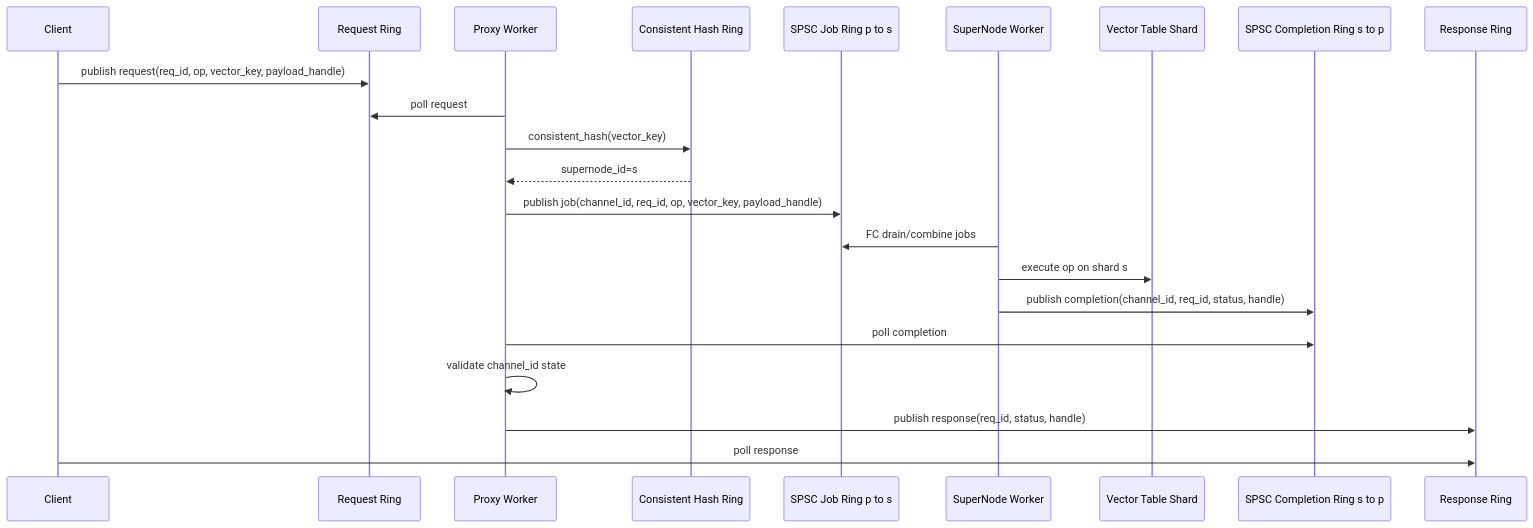
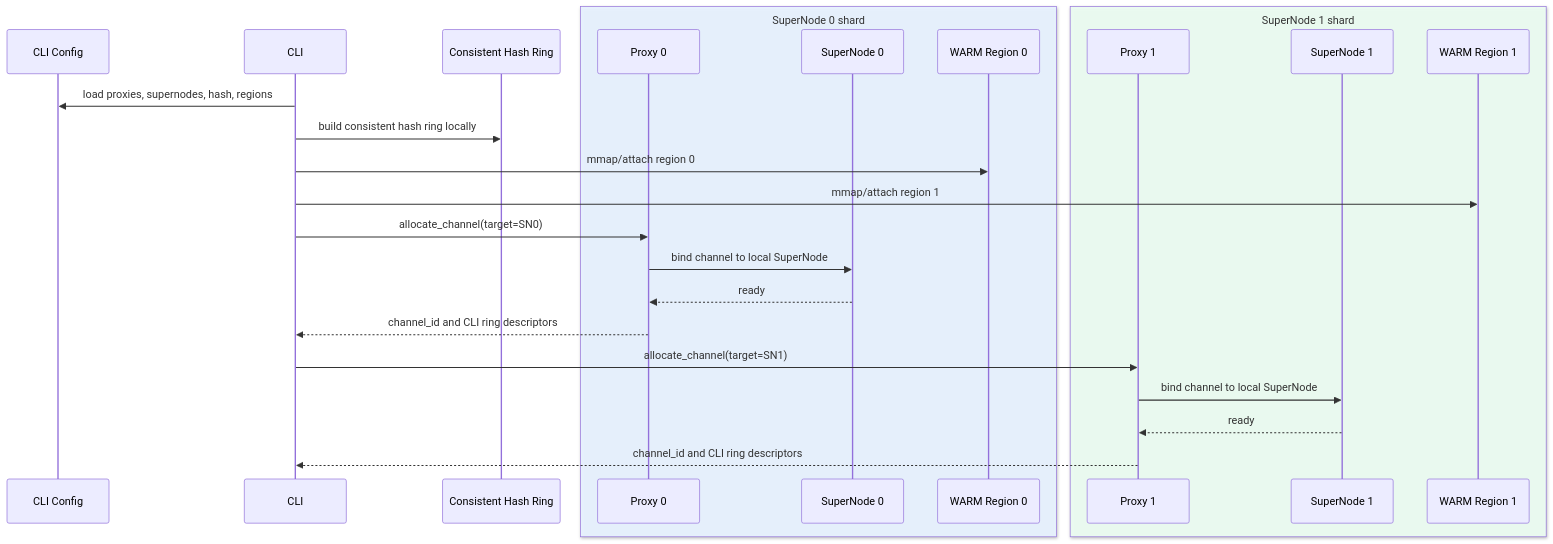
One commit to jialiuyu/redis changed the second of 4 diagrams in docs/VEMB_V16_MULTI_SUPERNODE_HASH_RING_DESIGN.md. Above: the diagram before and after it, drawn with Mermaid. The commit also changed other lines of this file and 1 other file, not shown here.

Commit message:
docs: clarify vemb v16 tlc warm model

````diff
--- a/docs/VEMB_V16_MULTI_SUPERNODE_HASH_RING_DESIGN.md
+++ b/docs/VEMB_V16_MULTI_SUPERNODE_HASH_RING_DESIGN.md
@@ -71,25 +125,33 @@
 ```mermaid
 sequenceDiagram
-    participant C as Client
-    participant RQ as Request Ring
-    participant P as Proxy Worker
+    participant CFG as CLI Config
+    participant CLI as CLI
     participant HR as Consistent Hash Ring
-    participant JQ as SPSC Job Ring p to s
-    participant SN as SuperNode Worker
-    participant T as Vector Table Shard
-    participant CQ as SPSC Completion Ring s to p
-    participant RS as Response Ring
 
-    C->>RQ: publish request(req_id, op, vector_key, payload_handle)
-    P->>RQ: poll request
-    P->>HR: consistent_hash(vector_key)
-    HR-->>P: supernode_id=s
-    P->>JQ: publish job(channel_id, req_id, op, vector_key, payload_handle)
-    SN->>JQ: FC drain/combine jobs
-    SN->>T: execute op on shard s
-    SN->>CQ: publish completion(channel_id, req_id, status, handle)
-    P->>CQ: poll completion
-    P->>P: validate channel_id state
-    P->>RS: publish response(req_id, status, handle)
-    C->>RS: poll response
+    box rgba(232,243,255,0.95) SuperNode 0 shard
+        participant P0 as Proxy 0
+        participant SN0 as SuperNode 0
+        participant W0 as WARM Region 0
+    end
+
+    box rgba(236,253,243,0.95) SuperNode 1 shard
+        participant P1 as Proxy 1
+        participant SN1 as SuperNode 1
+        participant W1 as WARM Region 1
+    end
+
+    CLI->>CFG: load proxies, supernodes, hash, regions
+    CLI->>HR: build consistent hash ring locally
+    CLI->>W0: mmap/attach region 0
+    CLI->>W1: mmap/attach region 1
+
+    CLI->>P0: allocate_channel(target=SN0)
+    P0->>SN0: bind channel to local SuperNode
+    SN0-->>P0: ready
+    P0-->>CLI: channel_id and CLI ring descriptors
+
+    CLI->>P1: allocate_channel(target=SN1)
+    P1->>SN1: bind channel to local SuperNode
+    SN1-->>P1: ready
+    P1-->>CLI: channel_id and CLI ring descriptors
 ```
````
